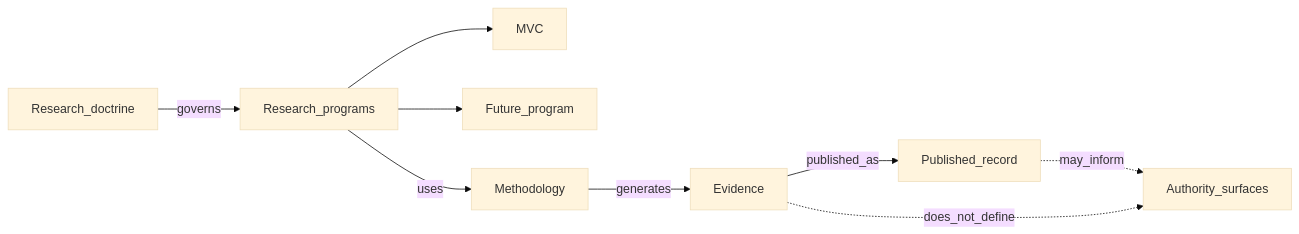
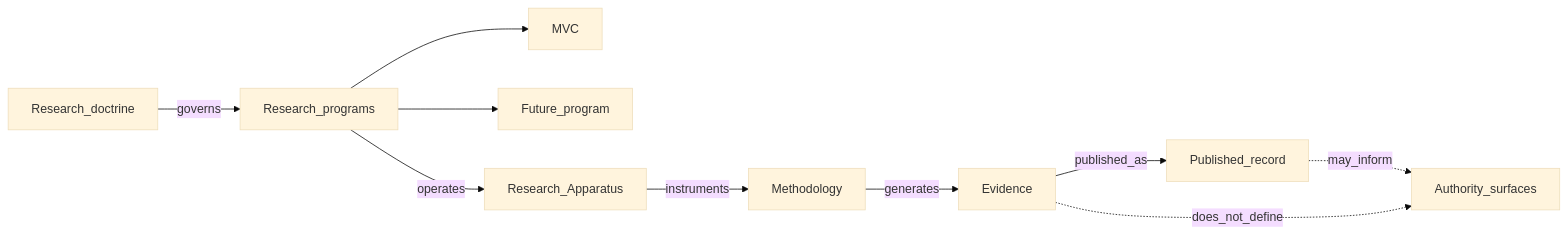
The second of 2 diagrams in 14-research/14-00-research-overview.md (egallmann/ste-handbook), drawn with Mermaid (base theme) before and after one commit. The commit also changed other lines of this file and 26 other files, not shown here.

First line of the commit message:
docs: establish Research Apparatus as Part 14 doctrine

````diff
--- a/14-research/14-00-research-overview.md
+++ b/14-research/14-00-research-overview.md
@@ -60,20 +74,22 @@
 ```mermaid
 flowchart LR
   Doctrine[Research_doctrine]
   Program[Research_programs]
   MVC[MVC]
   Future[Future_program]
+  Apparatus[Research_Apparatus]
   Method[Methodology]
   Evidence[Evidence]
   Publication[Published_record]
   Authority[Authority_surfaces]
 
   Doctrine -->|governs| Program
   Program --> MVC
   Program --> Future
-  Program -->|uses| Method
+  Program -->|operates| Apparatus
+  Apparatus -->|instruments| Method
   Method -->|generates| Evidence
   Evidence -->|published_as| Publication
   Publication -.->|may_inform| Authority
   Evidence -.->|does_not_define| Authority
 ```
````
